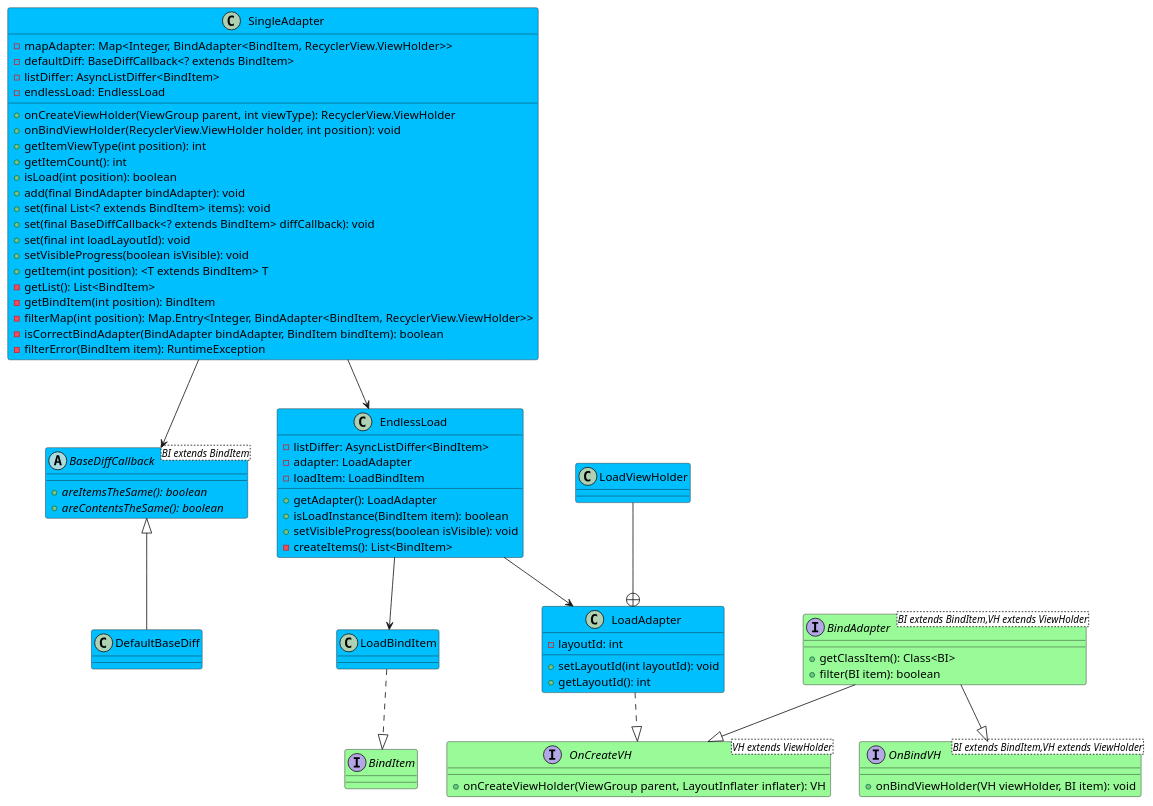
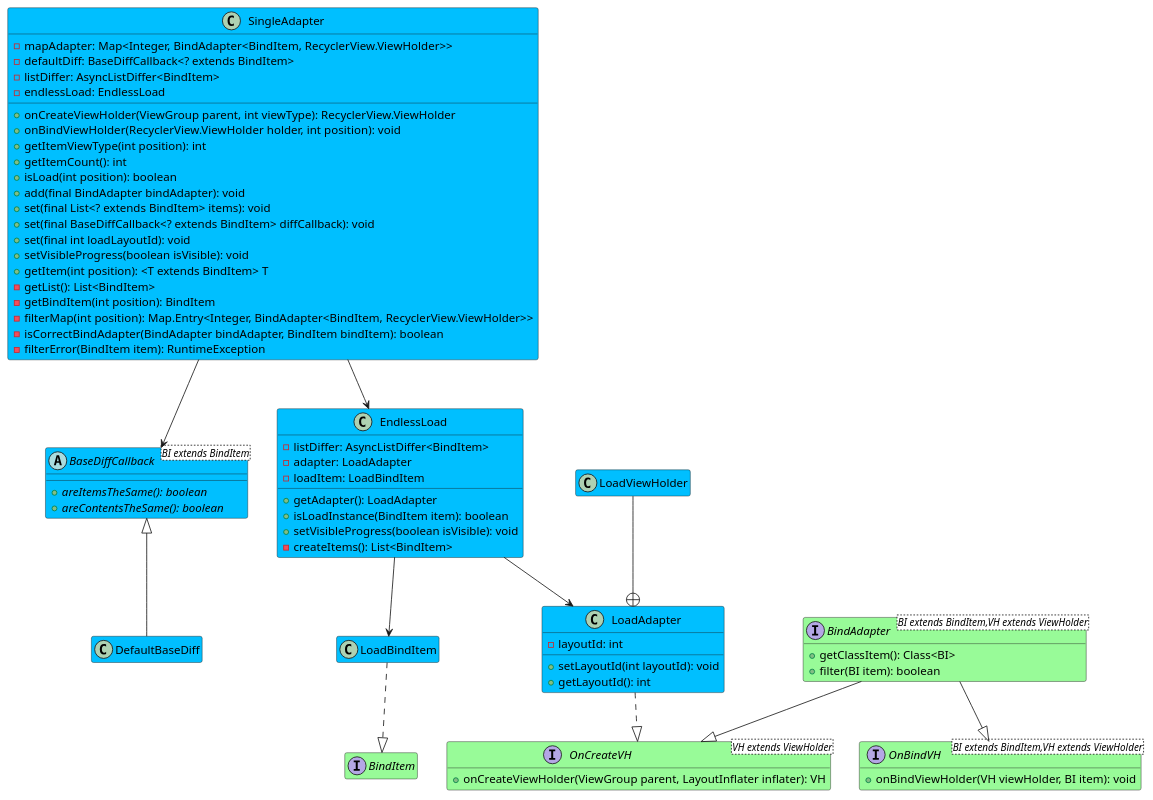
One commit to vanskarner/SingleAdapter changed the diagram in singleAdapter/src/main/java/com/vanskarner/singleadapter/Diagram.puml. Above: the diagram before and after it, drawn with PlantUML.

Commit message:
diagram update - part 2 #18

```diff
--- a/singleAdapter/src/main/java/com/vanskarner/singleadapter/Diagram.puml
+++ b/singleAdapter/src/main/java/com/vanskarner/singleadapter/Diagram.puml
@@ -1,90 +1,97 @@
 @startuml
 'https://plantuml.com/class-diagram
 
 /'Specification of classes and interfaces'/
 class SingleAdapter{
     - mapAdapter: Map<Integer, BindAdapter<BindItem, RecyclerView.ViewHolder>>
     - defaultDiff: BaseDiffCallback<? extends BindItem>
     - listDiffer: AsyncListDiffer<BindItem>
     - endlessLoad: EndlessLoad
 
     + onCreateViewHolder(ViewGroup parent, int viewType): RecyclerView.ViewHolder
     + onBindViewHolder(RecyclerView.ViewHolder holder, int position): void
     + getItemViewType(int position): int
     + getItemCount(): int
     + isLoad(int position): boolean
     + add(final BindAdapter bindAdapter): void
     + set(final List<? extends BindItem> items): void
     + set(final BaseDiffCallback<? extends BindItem> diffCallback): void
     + set(final int loadLayoutId): void
     + setVisibleProgress(boolean isVisible): void
     + getItem(int position): <T extends BindItem> T
     - getList(): List<BindItem>
     - getBindItem(int position): BindItem
     - filterMap(int position): Map.Entry<Integer, BindAdapter<BindItem, RecyclerView.ViewHolder>>
     - isCorrectBindAdapter(BindAdapter bindAdapter, BindItem bindItem): boolean
     - filterError(BindItem item): RuntimeException
 }
 class EndlessLoad{
     - listDiffer: AsyncListDiffer<BindItem>
     - adapter: LoadAdapter
     - loadItem: LoadBindItem
 
     + getAdapter(): LoadAdapter
     + isLoadInstance(BindItem item): boolean
     + setVisibleProgress(boolean isVisible): void
     - createItems(): List<BindItem>
 }
 class LoadAdapter{
     - layoutId: int
     + setLayoutId(int layoutId): void
     + getLayoutId(): int
 }
 class LoadBindItem
 /'abstract class  "abstract class"<T extends String>{
 
 }'/
 abstract class BaseDiffCallback<BI extends BindItem>{
     + {abstract} areItemsTheSame(): boolean
     + {abstract} areContentsTheSame(): boolean
 }
 class DefaultBaseDiff
 interface BindItem
 interface OnCreateVH<VH extends ViewHolder>{
     + onCreateViewHolder(ViewGroup parent, LayoutInflater inflater): VH
 }
 interface OnBindVH<BI extends BindItem,VH extends ViewHolder>{
     + onBindViewHolder(VH viewHolder, BI item): void
 }
 interface BindAdapter<BI extends BindItem,VH extends ViewHolder>{
     + getClassItem(): Class<BI>
     + filter(BI item): boolean
 }
 class LoadViewHolder
 
 /'Relations'/
 SingleAdapter --> BaseDiffCallback
 SingleAdapter --> EndlessLoad
 BindAdapter --|> OnCreateVH
 BindAdapter --|> OnBindVH
 BaseDiffCallback <|-- DefaultBaseDiff
 EndlessLoad --> LoadAdapter
 EndlessLoad --> LoadBindItem
 LoadAdapter ..|> OnCreateVH
 LoadBindItem ..|> BindItem
 LoadViewHolder --+ LoadAdapter
 
 /'visual customization'/
+hide LoadViewHolder members
+hide LoadBindItem members
+hide DefaultBaseDiff members
+hide BindItem members
+hide OnCreateVH attributes
+hide BindAdapter attributes
+hide OnBindVH attributes
 interface BindItem #paleGreen
 interface OnCreateVH #paleGreen
 interface OnBindVH #paleGreen
 interface BindAdapter #paleGreen
 class SingleAdapter #deepskyblue
 abstract class BaseDiffCallback #deepskyblue
 class EndlessLoad #deepskyblue
 class DefaultBaseDiff #deepskyblue
 class LoadBindItem #deepskyblue
 class LoadViewHolder #deepskyblue
 class LoadAdapter #deepskyblue
 
 @enduml
```
